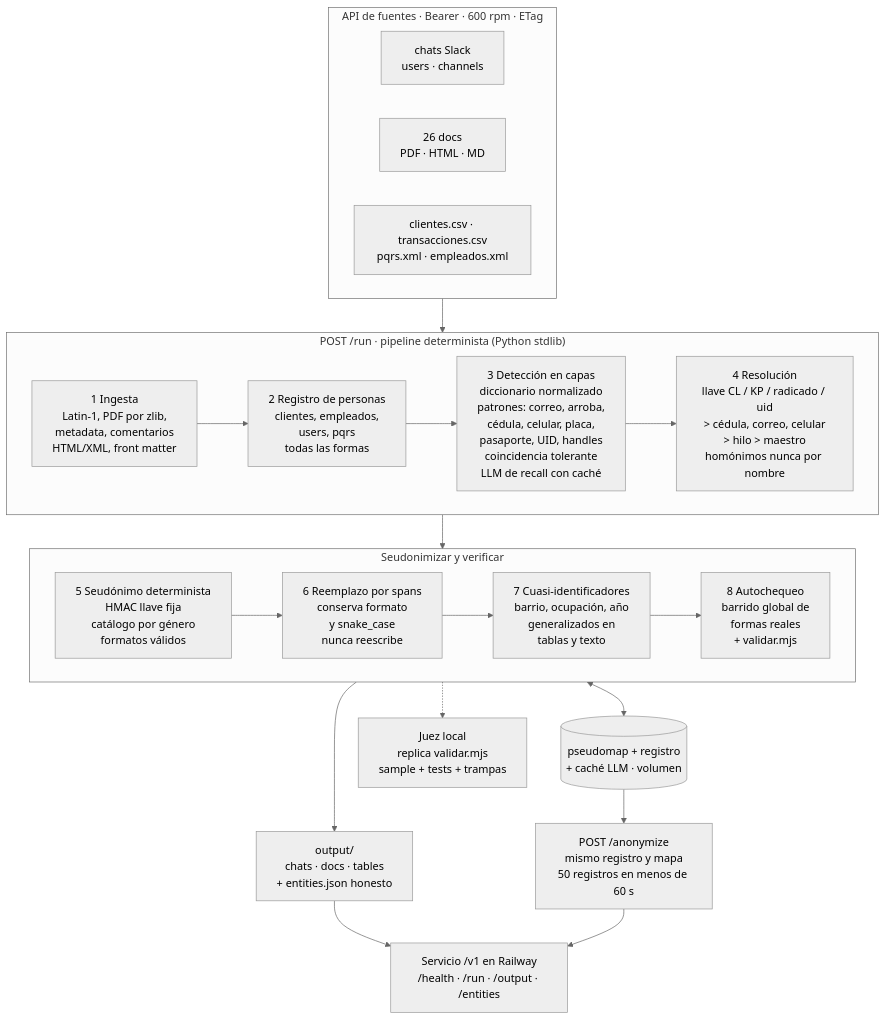
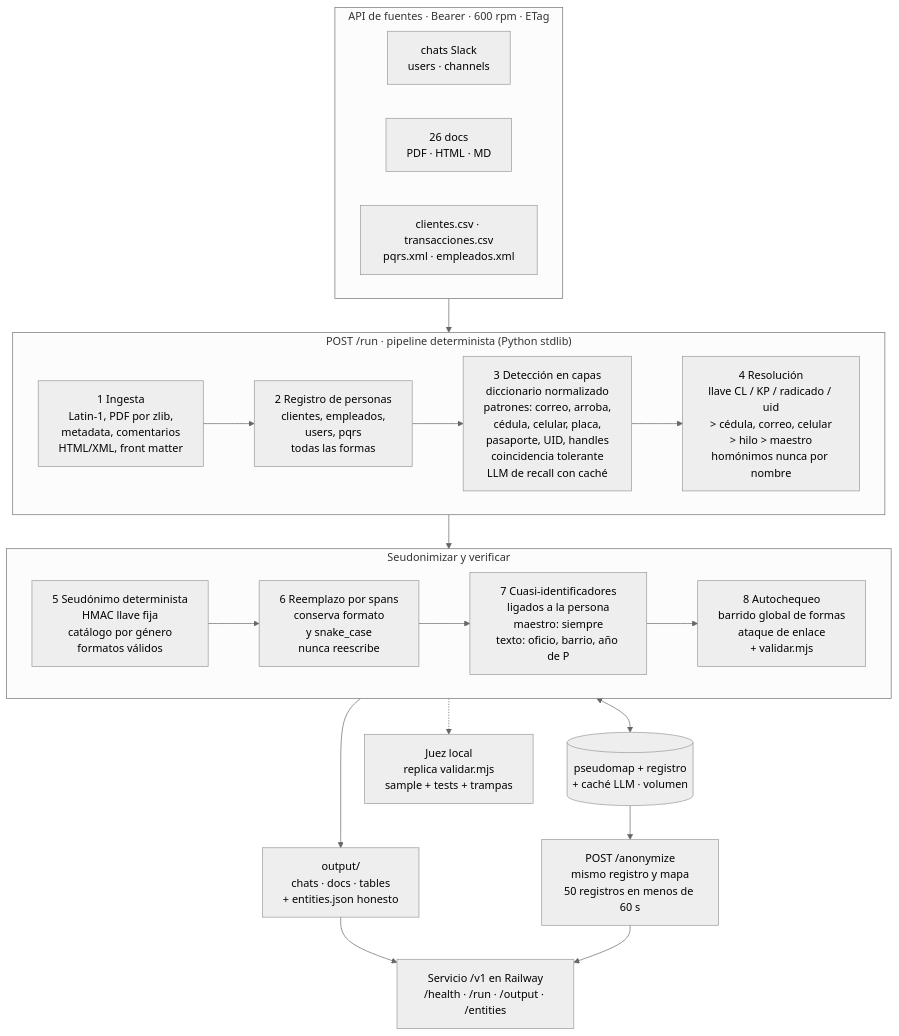
One commit to SamaelFL/kipu-anon changed the diagram in docs/diagrama.mmd. Above: the diagram before and after it, drawn with Mermaid (neutral theme). The commit also changed 3 other files, not shown here.

Commit message:
Diseño v3: cuasi-identificadores ligados a la persona y ataque de enlace

```diff
--- a/docs/diagrama.mmd
+++ b/docs/diagrama.mmd
@@ -1,32 +1,32 @@
 flowchart TB
   subgraph F["API de fuentes · Bearer · 600 rpm · ETag"]
     direction LR
     C["chats Slack<br/>users · channels"]
     D["26 docs<br/>PDF · HTML · MD"]
     T["clientes.csv · transacciones.csv<br/>pqrs.xml · empleados.xml"]
   end
   subgraph A["POST /run · pipeline determinista (Python stdlib)"]
     direction LR
     I["1 Ingesta<br/>Latin-1, PDF por zlib,<br/>metadata, comentarios<br/>HTML/XML, front matter"]
     R["2 Registro de personas<br/>clientes, empleados,<br/>users, pqrs<br/>todas las formas"]
     DET["3 Detección en capas<br/>diccionario normalizado<br/>patrones: correo, arroba,<br/>cédula, celular, placa,<br/>pasaporte, UID, handles<br/>coincidencia tolerante<br/>LLM de recall con caché"]
     RES["4 Resolución<br/>llave CL / KP / radicado / uid<br/>> cédula, correo, celular<br/>> hilo > maestro<br/>homónimos nunca por nombre"]
     I --> R --> DET --> RES
   end
   subgraph B["Seudonimizar y verificar"]
     direction LR
     P["5 Seudónimo determinista<br/>HMAC llave fija<br/>catálogo por género<br/>formatos válidos"]
     REP["6 Reemplazo por spans<br/>conserva formato<br/>y snake_case<br/>nunca reescribe"]
-    Q["7 Cuasi-identificadores<br/>barrio, ocupación, año<br/>generalizados en<br/>tablas y texto"]
-    CHK["8 Autochequeo<br/>barrido global de<br/>formas reales<br/>+ validar.mjs"]
+    Q["7 Cuasi-identificadores<br/>ligados a la persona<br/>maestro: siempre<br/>texto: oficio, barrio, año de P"]
+    CHK["8 Autochequeo<br/>barrido global de formas<br/>ataque de enlace<br/>+ validar.mjs"]
     P --> REP --> Q --> CHK
   end
   F --> I
   RES --> P
   M[("pseudomap + registro<br/>+ caché LLM · volumen")]
   P <--> M
   CHK --> O["output/<br/>chats · docs · tables<br/>+ entities.json honesto"]
   M --> AN["POST /anonymize<br/>mismo registro y mapa<br/>50 registros en menos de 60 s"]
   O --> S["Servicio /v1 en Railway<br/>/health · /run · /output · /entities"]
   AN --> S
   CHK -.-> J["Juez local<br/>replica validar.mjs<br/>sample + tests + trampas"]
```
